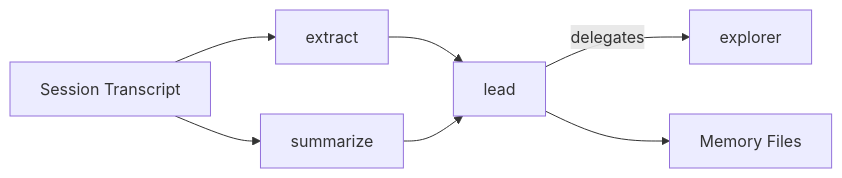
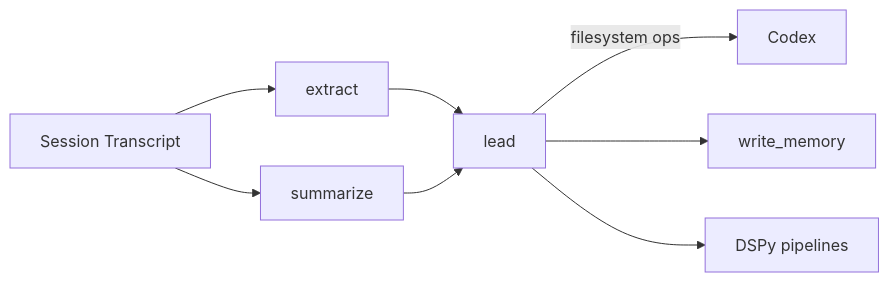
Before and after one commit to lerim-dev/lerim-cli: the diagram in docs/configuration/model-roles.md, drawn with Mermaid. The commit also changed other lines of this file and 14 other files, not shown here.

````diff
--- a/docs/configuration/model-roles.md
+++ b/docs/configuration/model-roles.md
@@ -16,9 +15,10 @@
 ```mermaid
 flowchart LR
-    A[Session Transcript] --> B[extract]
-    A --> C[summarize]
-    B --> D[lead]
-    C --> D
-    D -->|delegates| E[explorer]
-    D --> F[Memory Files]
+	A[Session Transcript] --> B[extract]
+	A --> C[summarize]
+	B --> D[lead]
+	C --> D
+	D -->|filesystem ops| E[Codex]
+	D --> F[write_memory]
+	D --> G[DSPy pipelines]
 ```
````
